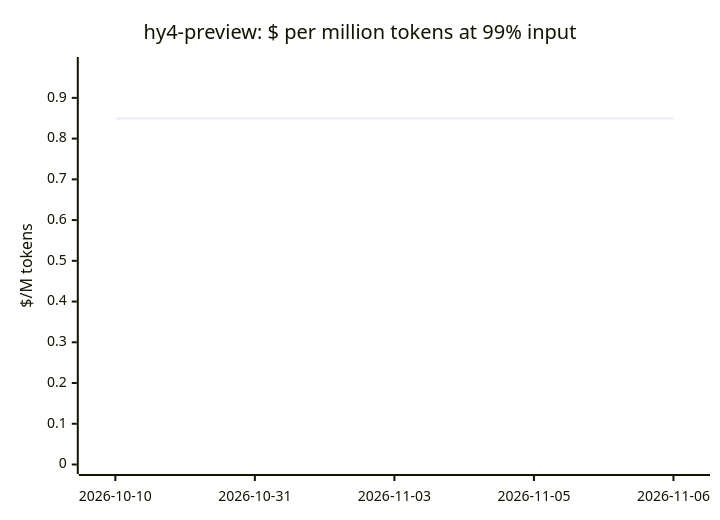
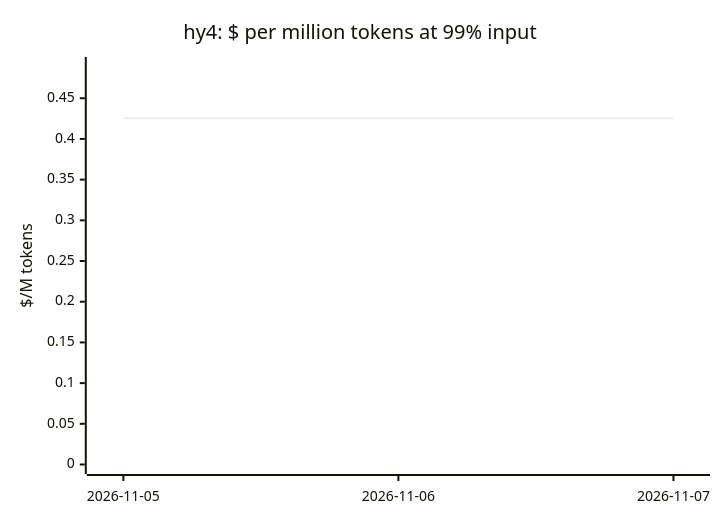
Diagram 15 of 20 in docs/openrouter-models.md (cklukas/OMEGA_TRANSFORM), drawn with Mermaid before and after one commit. The commit also changed other lines of this file and 68 other files, not shown here.

````diff
--- a/docs/openrouter-models.md
+++ b/docs/openrouter-models.md
@@ -278,7 +267,7 @@
 ```mermaid
 xychart-beta
-    title "hy4-preview: $ per million tokens at 99% input"
-    x-axis ["2026-10-10", "2026-10-31", "2026-11-03", "2026-11-05", "2026-11-06"]
-    y-axis "$/M tokens" 0 --> 0.977
-    line [0.8493, 0.8493, 0.8493, 0.8493, 0.8493]
+    title "hy4: $ per million tokens at 99% input"
+    x-axis ["2026-11-05", "2026-11-06", "2026-11-07"]
+    y-axis "$/M tokens" 0 --> 0.489
+    line [0.4254, 0.4254, 0.4254]
 ```
````
